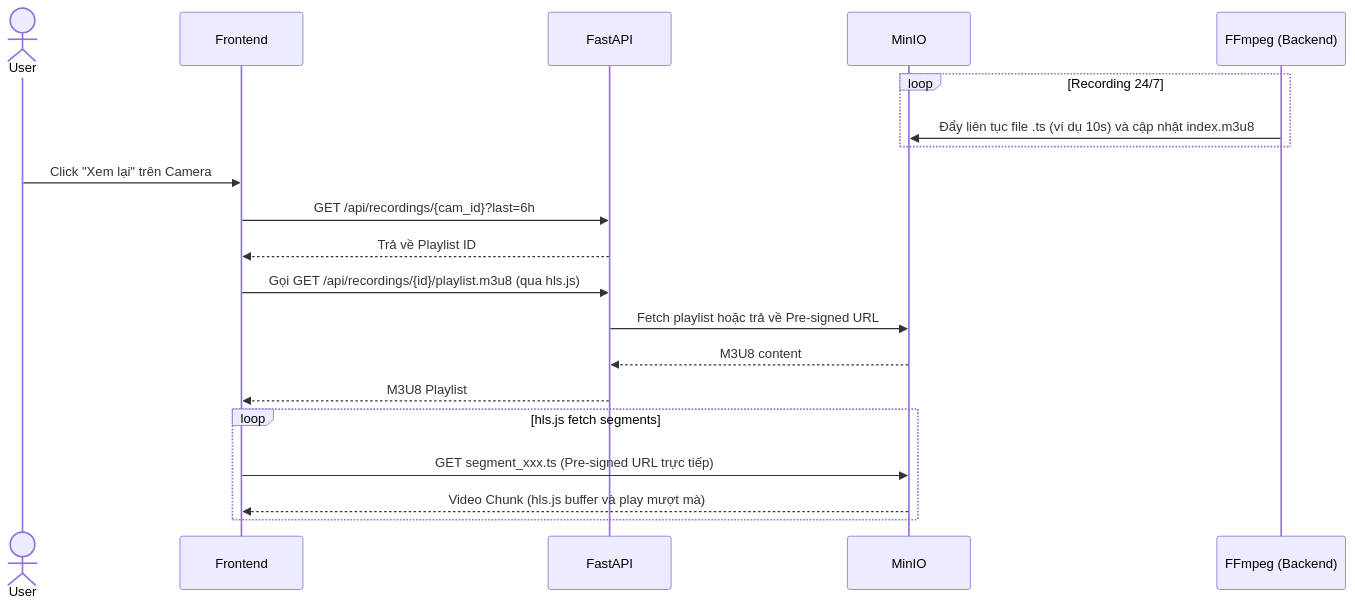
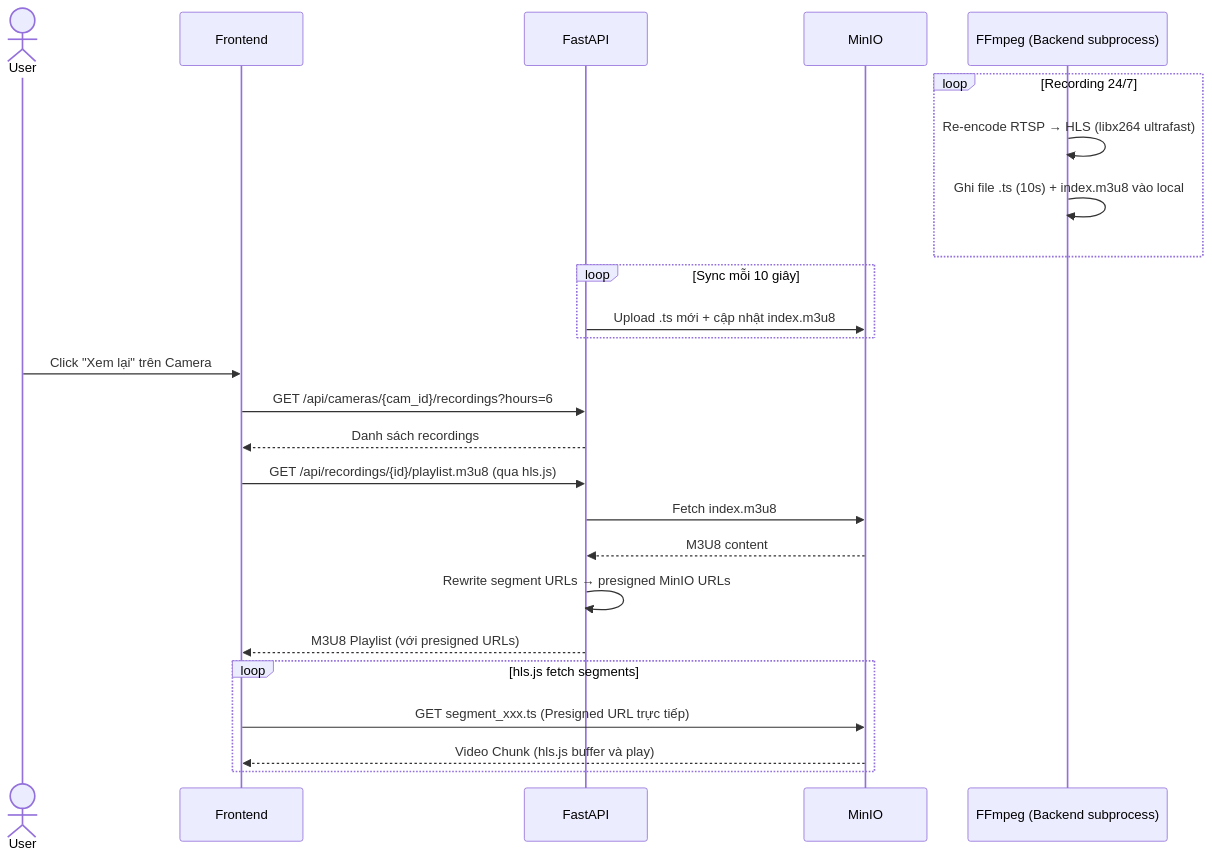
Before and after one commit to 20225760kquang/CNWEB_20252: the sixth of 10 diagrams in cam.ai/system_design_2_roles.md, drawn with Mermaid. The commit also changed other lines of this file, not shown here.

````diff
--- a/cam.ai/system_design_2_roles.md
+++ b/cam.ai/system_design_2_roles.md
@@ -480,28 +640,34 @@
 ```mermaid
 sequenceDiagram
     actor U as User
     participant FE as Frontend
     participant BE as FastAPI
     participant MINIO as MinIO
-    participant FF as FFmpeg (Backend)
+    participant FF as FFmpeg (Backend subprocess)
 
     %% Quá trình ghi hình 24/7
     loop Recording 24/7
-        FF->>MINIO: Đẩy liên tục file .ts (ví dụ 10s) và cập nhật index.m3u8
+        FF->>FF: Re-encode RTSP → HLS (libx264 ultrafast)
+        FF->>FF: Ghi file .ts (10s) + index.m3u8 vào local
+    end
+
+    loop Sync mỗi 10 giây
+        BE->>MINIO: Upload .ts mới + cập nhật index.m3u8
     end
 
     %% Xem lại Playback
     U->>FE: Click "Xem lại" trên Camera
-    FE->>BE: GET /api/recordings/{cam_id}?last=6h
-    BE-->>FE: Trả về Playlist ID
-    
-    FE->>BE: Gọi GET /api/recordings/{id}/playlist.m3u8 (qua hls.js)
-    BE->>MINIO: Fetch playlist hoặc trả về Pre-signed URL
+    FE->>BE: GET /api/cameras/{cam_id}/recordings?hours=6
+    BE-->>FE: Danh sách recordings
+
+    FE->>BE: GET /api/recordings/{id}/playlist.m3u8 (qua hls.js)
+    BE->>MINIO: Fetch index.m3u8
     MINIO-->>BE: M3U8 content
-    BE-->>FE: M3U8 Playlist
-    
+    BE->>BE: Rewrite segment URLs → presigned MinIO URLs
+    BE-->>FE: M3U8 Playlist (với presigned URLs)
+
     loop hls.js fetch segments
-        FE->>MINIO: GET segment_xxx.ts (Pre-signed URL trực tiếp)
-        MINIO-->>FE: Video Chunk (hls.js buffer và play mượt mà)
+        FE->>MINIO: GET segment_xxx.ts (Presigned URL trực tiếp)
+        MINIO-->>FE: Video Chunk (hls.js buffer và play)
     end
 ```
````
